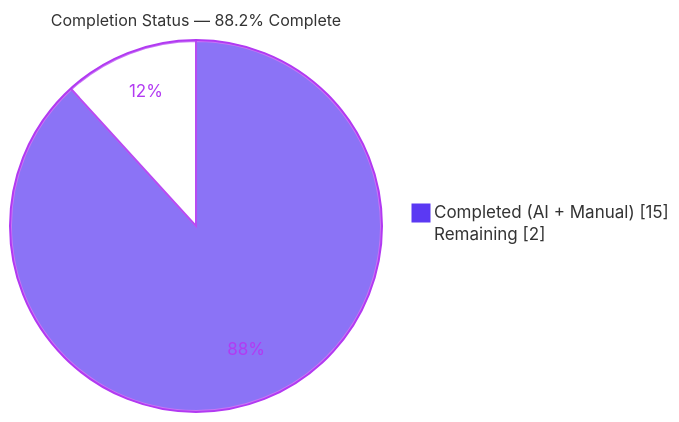
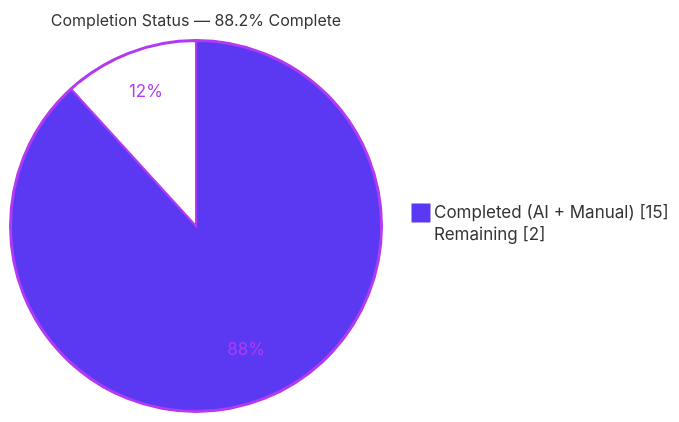
One commit to lakshya-blitzy/march_repo_hello_world changed the first of 3 diagrams in blitzy/documentation/Project Guide.md. Above: the diagram before and after it, drawn with Mermaid. The commit also changed other lines of this file, not shown here.

````diff
--- a/blitzy/documentation/Project Guide.md
+++ b/blitzy/documentation/Project Guide.md
@@ -18,7 +21,7 @@
 ```mermaid
-%%{init: {"theme":"base","themeVariables":{"pie1":"#5B39F3","pie2":"#FFFFFF","pieStrokeColor":"#B23AF2","pieOuterStrokeColor":"#B23AF2","pieStrokeWidth":"2px","pieTitleTextSize":"16px","pieSectionTextColor":"#B23AF2"}}}%%
+%%{init: {"theme":"base","themeVariables":{"pie1":"#5B39F3","pie2":"#FFFFFF","pieStrokeColor":"#B23AF2","pieOuterStrokeColor":"#B23AF2","pieStrokeWidth":"2px","pieTitleTextSize":"16px","pieSectionTextColor":"#B23AF2","pieOpacity":"1"}}}%%
 pie showData
     title Completion Status — 88.2% Complete
     "Completed (AI + Manual)" : 15
     "Remaining" : 2
 ```
````
